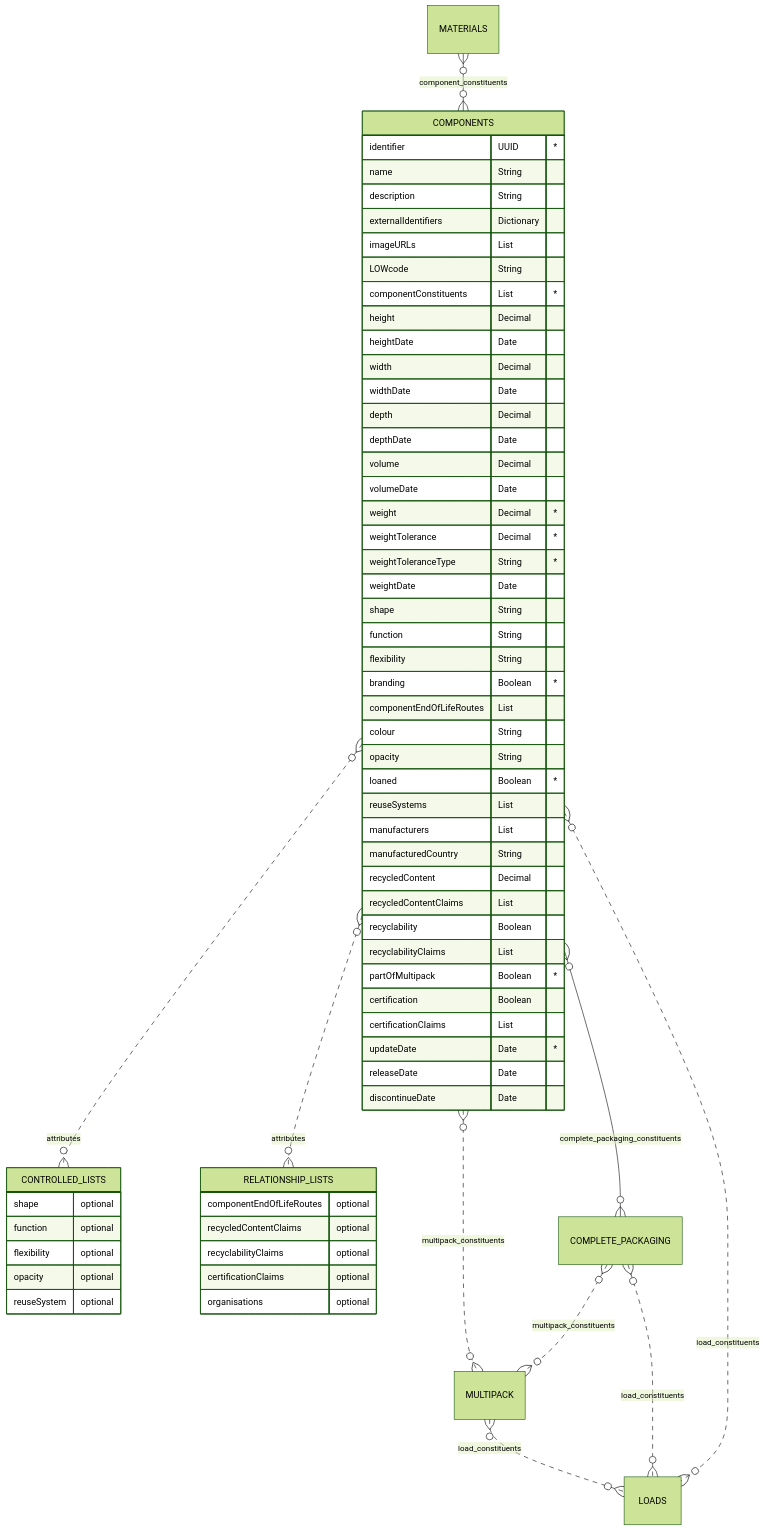
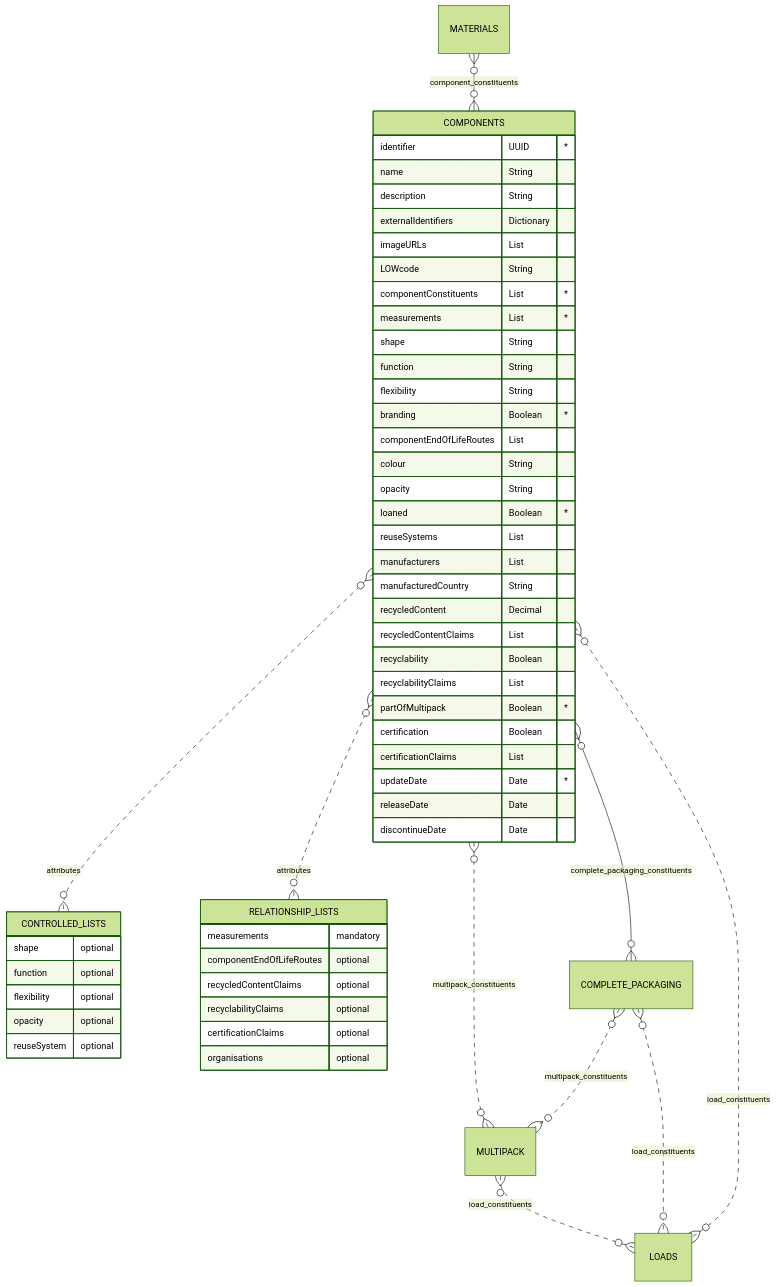
One commit to OpenDataManchester/Open3P changed the first of 2 diagrams in docs/3_Data_Specification/3_3_Components.md. Above: the diagram before and after it, drawn with Mermaid (forest theme). The commit also changed other lines of this file, not shown here.

Commit message:
Remove height weight etc add measurements components

````diff
--- a/docs/3_Data_Specification/3_3_Components.md
+++ b/docs/3_Data_Specification/3_3_Components.md
@@ -56,68 +45,58 @@
 ``` mermaid
 erDiagram
 MATERIALS }o--o{ COMPONENTS : component_constituents
   COMPONENTS {
     identifier UUID "*"
     name String
     description String
     externalIdentifiers Dictionary
     imageURLs List
     LOWcode String
     componentConstituents List "*"
-    height Decimal
-    heightDate Date
-    width Decimal
-    widthDate Date
-    depth Decimal
-    depthDate Date
-    volume Decimal
-    volumeDate Date
-    weight Decimal "*"
-    weightTolerance Decimal "*"
-    weightToleranceType String "*"
-    weightDate Date
+    measurements List "*"
     shape String
     function String
     flexibility String
     branding Boolean "*"
     componentEndOfLifeRoutes List
     colour String
     opacity String
     loaned Boolean "*"
     reuseSystems List
     manufacturers List
     manufacturedCountry String
     recycledContent Decimal
     recycledContentClaims List
     recyclability Boolean
     recyclabilityClaims List
     partOfMultipack Boolean "*"
     certification Boolean
     certificationClaims List
     updateDate Date "*"
     releaseDate Date
     discontinueDate Date
   }
   COMPONENTS }o..o{ CONTROLLED_LISTS : attributes
   COMPONENTS }o..o{ RELATIONSHIP_LISTS : attributes
   COMPONENTS }o--o{ COMPLETE_PACKAGING : complete_packaging_constituents
   COMPONENTS }o..o{ MULTIPACK : multipack_constituents
   MULTIPACK }o..o{ LOADS : load_constituents
   COMPLETE_PACKAGING }o..o{ MULTIPACK : multipack_constituents
   COMPLETE_PACKAGING }o..o{ LOADS : load_constituents
   COMPONENTS }o..o{ LOADS : load_constituents
     CONTROLLED_LISTS {
     shape optional
     function optional
     flexibility optional
     opacity optional
     reuseSystem optional
   }
   RELATIONSHIP_LISTS {
+    measurements mandatory
     componentEndOfLifeRoutes optional
     recycledContentClaims optional
     recyclabilityClaims optional
     certificationClaims optional
     organisations optional
   }
 ```
````
